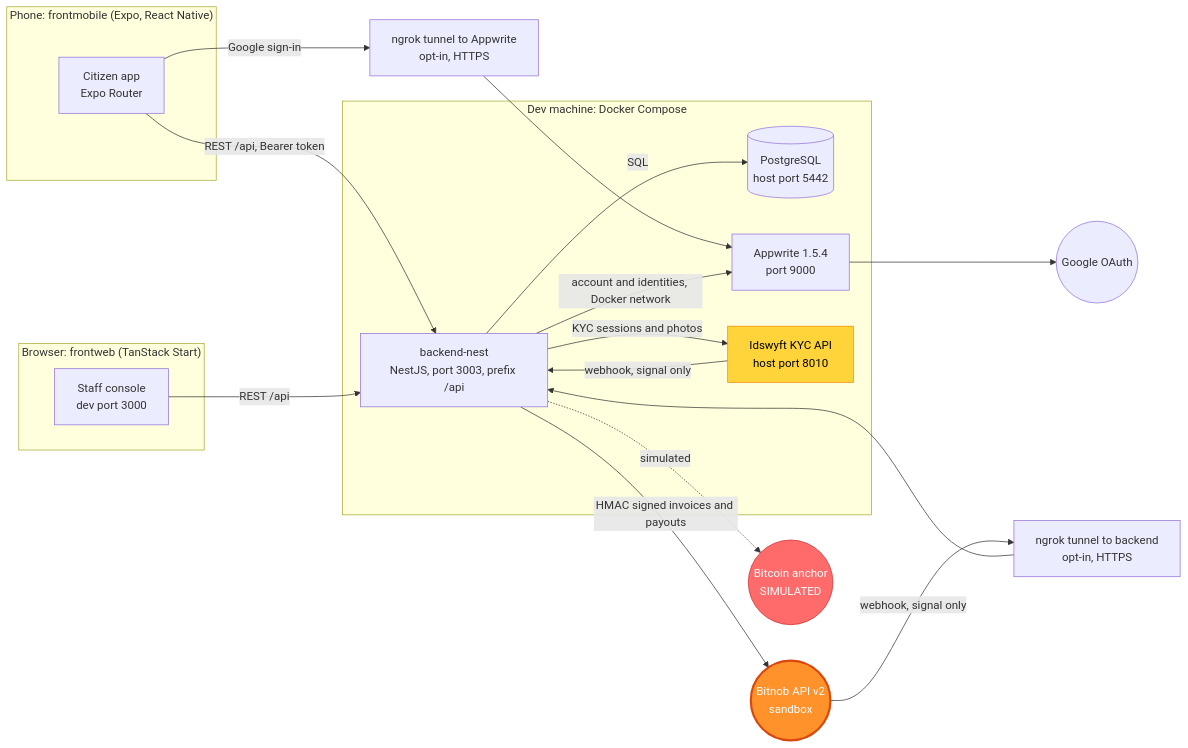
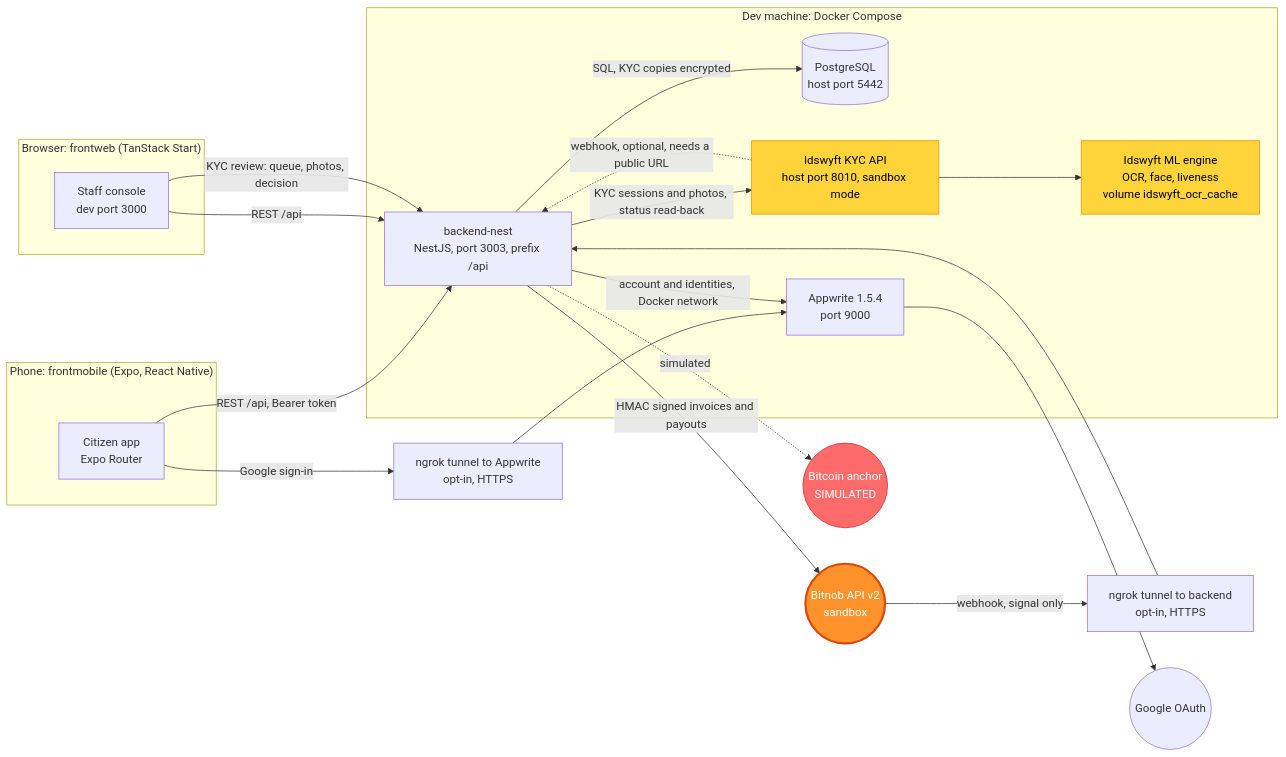
One commit to Bitnob-Hackhaton/DioteKo changed the second of 18 diagrams in README.md. Above: the diagram before and after it, drawn with Mermaid. The commit also changed other lines of this file, not shown here.

Commit message:
docs(readme): add KYC section and screenshots in English and French

````diff
--- a/README.md
+++ b/README.md
@@ -167,39 +227,42 @@
 ```mermaid
 flowchart LR
   subgraph PHONE["Phone: frontmobile (Expo, React Native)"]
     MOB["Citizen app<br/>Expo Router"]
   end
   subgraph BROWSER["Browser: frontweb (TanStack Start)"]
     CON["Staff console<br/>dev port 3000"]
   end
   subgraph DOCKER["Dev machine: Docker Compose"]
     API["backend-nest<br/>NestJS, port 3003, prefix /api"]
     PG[("PostgreSQL<br/>host port 5442")]
     AW["Appwrite 1.5.4<br/>port 9000"]
-    IDS["Idswyft KYC API<br/>host port 8010"]
+    IDS["Idswyft KYC API<br/>host port 8010, sandbox mode"]
+    OCR["Idswyft ML engine<br/>OCR, face, liveness<br/>volume idswyft_ocr_cache"]
   end
   NGA["ngrok tunnel to Appwrite<br/>opt-in, HTTPS"]
   NGB["ngrok tunnel to backend<br/>opt-in, HTTPS"]
   GOOG(("Google OAuth"))
   BIT(("Bitnob API v2<br/>sandbox"))
   BTC(("Bitcoin anchor<br/>SIMULATED"))
 
   MOB -->|"REST /api, Bearer token"| API
   CON -->|"REST /api"| API
   MOB -->|"Google sign-in"| NGA --> AW
   AW --> GOOG
   API -->|"account and identities, Docker network"| AW
-  API -->|"SQL"| PG
+  API -->|"SQL, KYC copies encrypted"| PG
   API -->|"HMAC signed invoices and payouts"| BIT
   BIT -->|"webhook, signal only"| NGB --> API
-  API -->|"KYC sessions and photos"| IDS
-  IDS -->|"webhook, signal only"| API
+  API -->|"KYC sessions and photos, status read-back"| IDS
+  IDS --> OCR
+  IDS -.->|"webhook, optional, needs a public URL"| API
+  CON -->|"KYC review: queue, photos, decision"| API
   API -.->|"simulated"| BTC
 
   classDef pending fill:#ffd43b,stroke:#f08c00,color:#000
   classDef error fill:#ff6b6b,stroke:#c92a2a,color:#fff
   classDef finance fill:#ff922b,stroke:#d9480f,stroke-width:3px,color:#fff
-  class IDS pending
+  class IDS,OCR pending
   class BTC error
   class BIT finance
 ```
````
